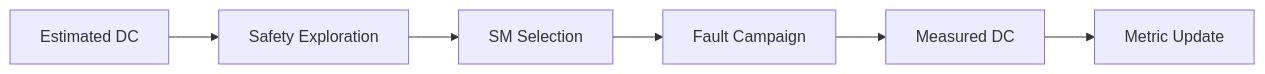
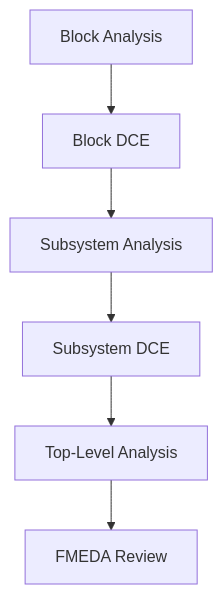
The third of 4 diagrams in articles/01_automotive_safeic_practice_d01_github_en_revised.md (qiqixixi1001/automotive-safeic-practice), drawn with Mermaid before and after one commit. The commit also changed other lines of this file, not shown here.

````diff
--- a/articles/01_automotive_safeic_practice_d01_github_en_revised.md
+++ b/articles/01_automotive_safeic_practice_d01_github_en_revised.md
@@ -1065,8 +622,8 @@
 ```mermaid
-flowchart LR
-    A[Estimated DC] --> B[Safety Exploration]
-    B --> C[SM Selection]
-    C --> D[Fault Campaign]
-    D --> E[Measured DC]
-    E --> F[Metric Update]
+flowchart TD
+    A[Block Analysis] --> B[Block DCE]
+    C[Subsystem Analysis] --> D[Subsystem DCE]
+    B --> C
+    D --> E[Top-Level Analysis]
+    E --> F[FMEDA Review]
 ```
````
